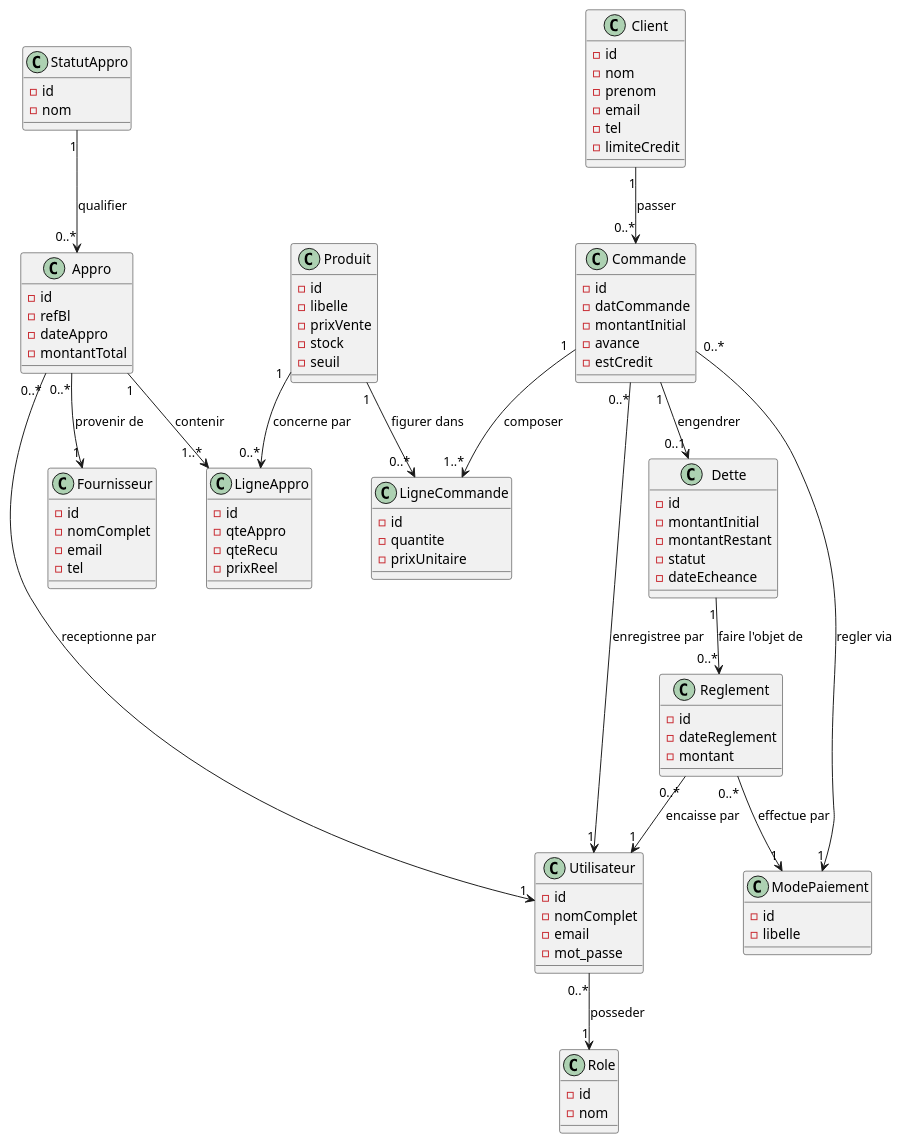
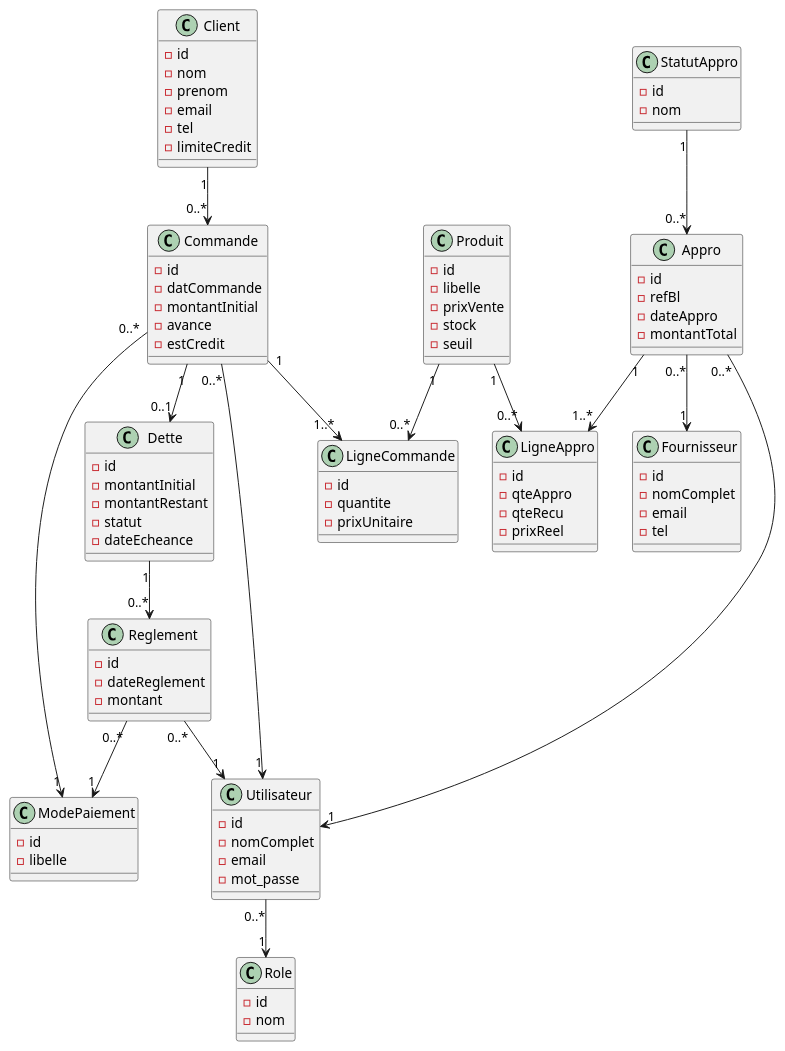
One commit to marieme0610/projet_storemanager_pro changed the diagram in docs/diagrammeClasse.puml. Above: the diagram before and after it, drawn with PlantUML. The commit also changed 7 other files, not shown here.

Commit message:
refactor: mise en conformité des entités selon le schéma UML

```diff
--- a/docs/diagrammeClasse.puml
+++ b/docs/diagrammeClasse.puml
@@ -1,119 +1,112 @@
 @startuml Diagramme_Classe_StoreManagerPro
 
-    class Role {
-        - id
-        - nom
-    }
+class Role {
+    - id
+    - nom
+}
 
-    class Utilisateur {
-        - id
-        - nomComplet
-        - email
-        - mot_passe
-    }
+class Utilisateur {
+    - id
+    - nomComplet
+    - email
+    - mot_passe
+}
+
+class Produit {
+    - id
+    - libelle
+    - prixVente
+    - stock
+    - seuil
+}
+
+class Client {
+    - id
+    - nom
+    - prenom
+    - email
+    - tel
+    - limiteCredit
+}
+
+class Fournisseur {
+    - id
+    - nomComplet
+    - email
+    - tel
+}
+
+class Commande {
+    - id
+    - datCommande
+    - montantInitial
+    - avance
+    - estCredit
+}
+
+class LigneCommande {
+    - id
+    - quantite
+    - prixUnitaire
+}
+
+class ModePaiement {
+    - id
+    - libelle
+}
+
+class Reglement {
+    - id
+    - dateReglement
+    - montant
+}
+
+class Dette {
+    - id
+    - montantInitial
+    - montantRestant
+    - statut
+    - dateEcheance
+}
+
+class StatutAppro {
+    - id
+    - nom
+}
+
+class Appro {
+    - id
+    - refBl
+    - dateAppro
+    - montantTotal
+}
+
+class LigneAppro {
+    - id
+    - qteAppro
+    - qteRecu
+    - prixReel
+}
 
 
+Utilisateur "0..*" --> "1" Role
 
-    class Produit {
-        - id
-        - libelle
-        - prixVente
-        - stock
-        - seuil
-    }
+Client "1" --> "0..*" Commande
+Commande "1" --> "1..*" LigneCommande
+Produit "1" --> "0..*" LigneCommande
 
-    class Client {
-        - id
-        - nom
-        - prenom
-        - email
-        - tel
-        - limiteCredit
-    }
+Commande "0..*" --> "1" ModePaiement
+Commande "0..*" --> "1" Utilisateur
 
-    class Fournisseur {
-        - id
-        - nomComplet
-        - email
-        - tel
-    }
+Commande "1" --> "0..1" Dette
+Dette "1" --> "0..*" Reglement
+Reglement "0..*" --> "1" ModePaiement
+Reglement "0..*" --> "1" Utilisateur
 
-
-
-    class Commande {
-        - id
-        - datCommande
-        - montantInitial
-        - avance
-        - estCredit
-    }
-
-    class LigneCommande {
-        - id
-        - quantite
-        - prixUnitaire
-    }
-
-    class ModePaiement {
-        - id
-        - libelle
-    }
-
-    class Reglement {
-        - id
-        - dateReglement
-        - montant
-    }
-
-    class Dette {
-        - id
-        - montantInitial
-        - montantRestant
-        - statut
-        - dateEcheance
-    }
-
-
-
-    class StatutAppro {
-        - id
-        - nom
-    }
-
-    class Appro {
-        - id
-        - refBl
-        - dateAppro
-        - montantTotal
-    }
-
-    class LigneAppro {
-        - id
-        - qteAppro
-        - qteRecu
-        - prixReel
-    }
-
-
-
-
-Utilisateur "0..*" --> "1" Role : posseder
-
-Client "1" --> "0..*" Commande : passer
-Commande "1" --> "1..*" LigneCommande : composer
-Produit "1" --> "0..*" LigneCommande : figurer dans
-Commande "0..*" --> "1" ModePaiement : regler via
-Commande "0..*" --> "1" Utilisateur : enregistree par
-
-Commande "1" --> "0..1" Dette : engendrer
-Dette "1" --> "0..*" Reglement : faire l'objet de
-Reglement "0..*" --> "1" ModePaiement : effectue par
-Reglement "0..*" --> "1" Utilisateur : encaisse par
-
-Appro "0..*" --> "1" Fournisseur : provenir de
-Appro "1" --> "1..*" LigneAppro : contenir
-Produit "1" --> "0..*" LigneAppro : concerne par
-StatutAppro "1" --> "0..*" Appro : qualifier
-Appro "0..*" --> "1" Utilisateur : receptionne par
+Appro "0..*" --> "1" Fournisseur
+Appro "1" --> "1..*" LigneAppro
+Produit "1" --> "0..*" LigneAppro
+StatutAppro "1" --> "0..*" Appro
+Appro "0..*" --> "1" Utilisateur
 
 @enduml
```
